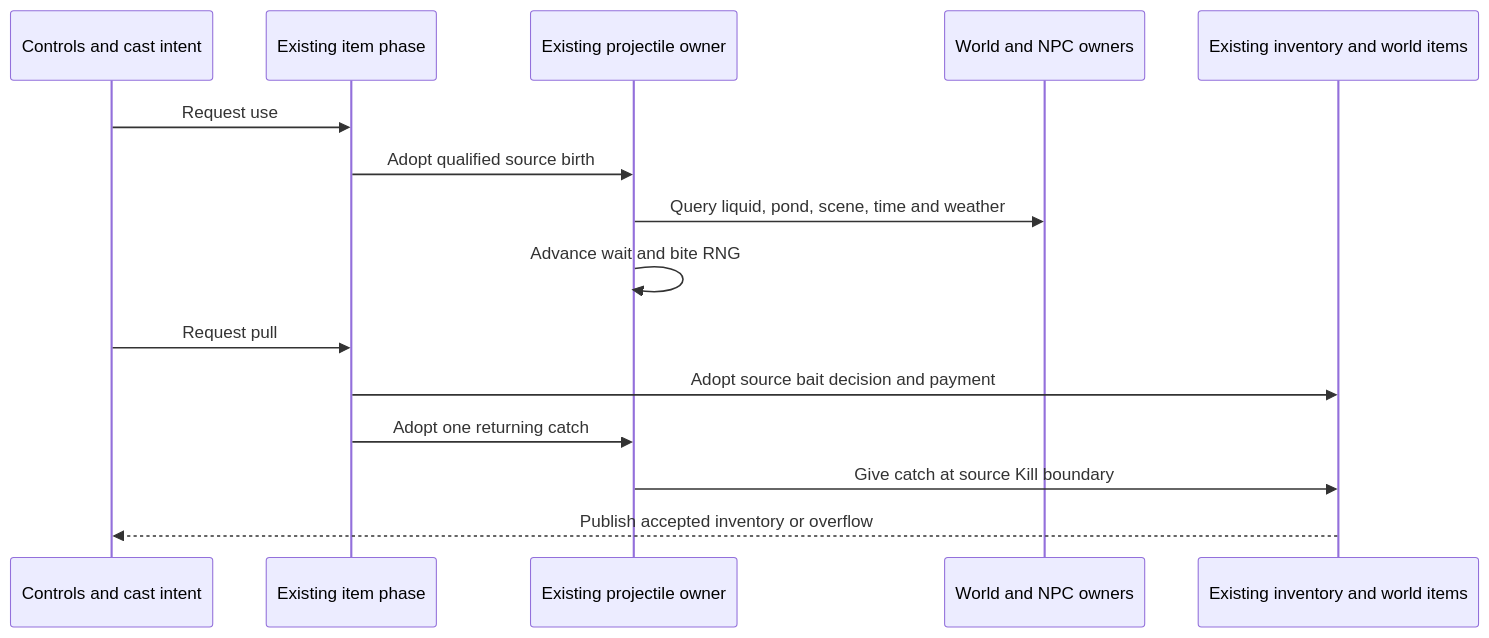
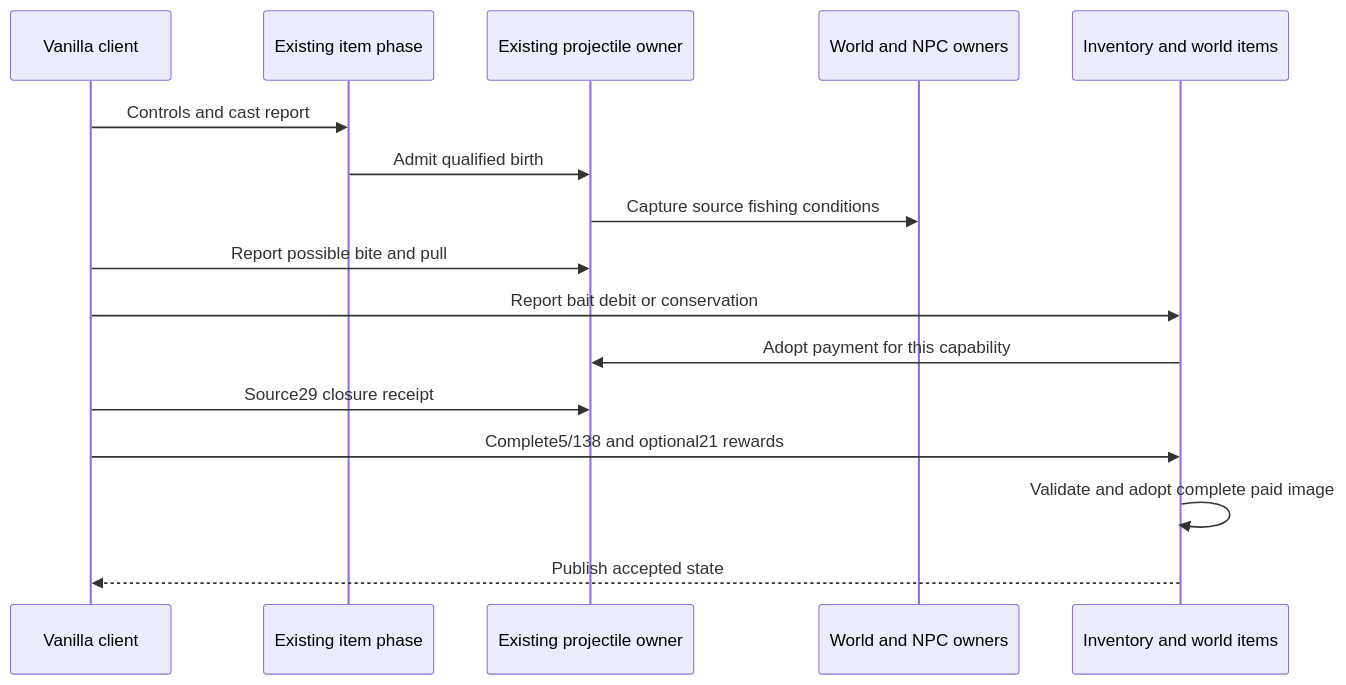
The diagram in docs/en/fishing-authority-1458.md (VegaKernel/TerraRuntime), drawn with Mermaid before and after one commit. The commit also changed other lines of this file and 51 other files, not shown here.

Commit message:
Validate vanilla client fishing payments and complete reward outcomes

````diff
--- a/docs/en/fishing-authority-1458.md
+++ b/docs/en/fishing-authority-1458.md
@@ -7,17 +13,18 @@
 ```mermaid
 sequenceDiagram
-    participant Input as Controls and cast intent
+    participant Client as Vanilla client
     participant Player as Existing item phase
-    participant Bobber as Existing projectile owner
+    participant Projectile as Existing projectile owner
     participant World as World and NPC owners
-    participant Stock as Existing inventory and world items
-    Input->>Player: Request use
-    Player->>Bobber: Adopt qualified source birth
-    Bobber->>World: Query liquid, pond, scene, time and weather
-    Bobber->>Bobber: Advance wait and bite RNG
-    Input->>Player: Request pull
-    Player->>Stock: Adopt source bait decision and payment
-    Player->>Bobber: Adopt one returning catch
-    Bobber->>Stock: Give catch at source Kill boundary
-    Stock-->>Input: Publish accepted inventory or overflow
+    participant Inventory as Inventory and world items
+    Client->>Player: Controls and cast report
+    Player->>Projectile: Admit qualified birth
+    Projectile->>World: Capture source fishing conditions
+    Client->>Projectile: Report possible bite and pull
+    Client->>Inventory: Report bait debit or conservation
+    Inventory->>Projectile: Adopt payment for this capability
+    Client->>Projectile: Source29 closure receipt
+    Client->>Inventory: Complete5/138 and optional21 rewards
+    Inventory->>Inventory: Validate and adopt complete paid image
+    Inventory-->>Client: Publish accepted state
 ```
````
